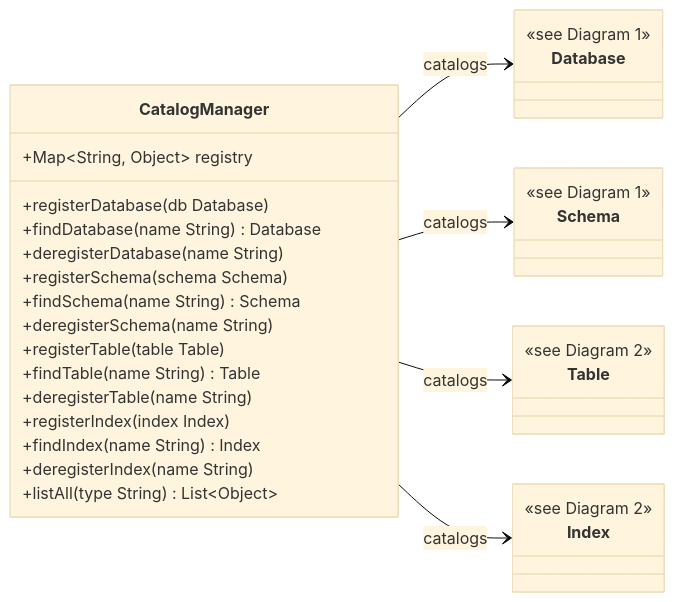
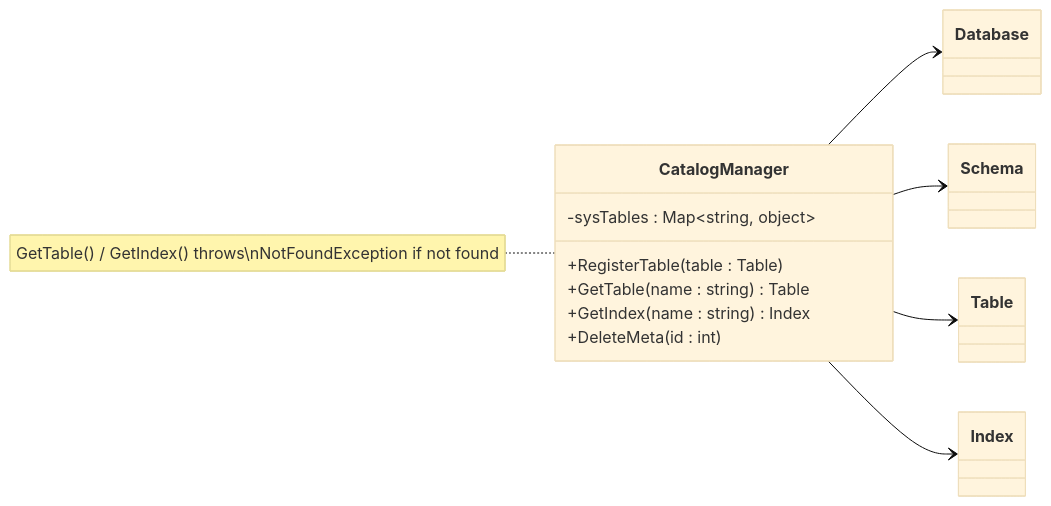
The eighth of 9 diagrams in README.md (Hagiakhanh/bbv-dbms), drawn with Mermaid (base theme) before and after one commit. The commit also changed other lines of this file, not shown here.

Commit message:
list integration test

````diff
--- a/README.md
+++ b/README.md
@@ -686,42 +1244,20 @@
 ```mermaid
 classDiagram
 direction LR
-
-    class CatalogManager {
-        +Map~String, Object~ registry
-        +registerDatabase(db Database)
-        +findDatabase(name String) Database
-        +deregisterDatabase(name String)
-        +registerSchema(schema Schema)
-        +findSchema(name String) Schema
-        +deregisterSchema(name String)
-        +registerTable(table Table)
-        +findTable(name String) Table
-        +deregisterTable(name String)
-        +registerIndex(index Index)
-        +findIndex(name String) Index
-        +deregisterIndex(name String)
-        +listAll(type String) List~Object~
-    }
-
-    class Database {
-        <<see Diagram 1>>
-    }
-
-    class Schema {
-        <<see Diagram 1>>
-    }
-
-    class Table {
-        <<see Diagram 2>>
-    }
-
-    class Index {
-        <<see Diagram 2>>
-    }
-
-    CatalogManager --> Database : catalogs
-    CatalogManager --> Schema   : catalogs
-    CatalogManager --> Table    : catalogs
-    CatalogManager --> Index    : catalogs
+class CatalogManager {
+    -sysTables : Map~string, object~
+    +RegisterTable(table : Table)
+    +GetTable(name : string) Table
+    +GetIndex(name : string) Index
+    +DeleteMeta(id : int)
+}
+note for CatalogManager "GetTable() / GetIndex() throws\nNotFoundException if not found"
+class Database
+class Schema
+class Table
+class Index
+CatalogManager --> Database
+CatalogManager --> Schema
+CatalogManager --> Table
+CatalogManager --> Index
 ```
````
